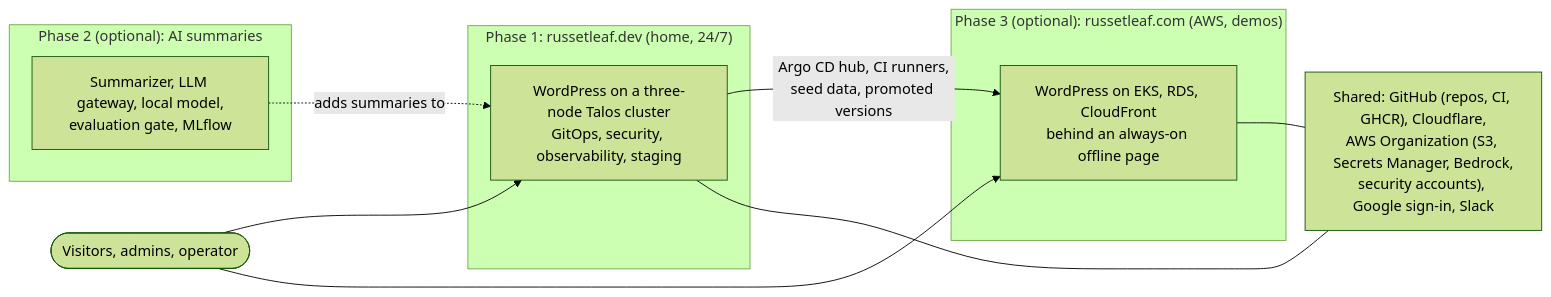
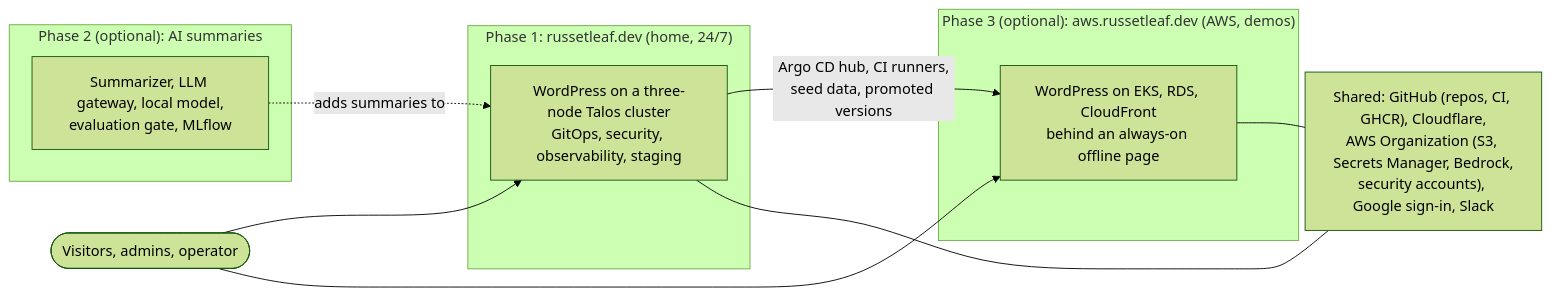
Before and after one commit to russetleaf/russetleaf-docs: the first of 3 diagrams in docs/overview.md, drawn with Mermaid (forest theme). The commit also changed other lines of this file and 62 other files, not shown here.

First line of the commit message:
Phase 3 on aws.russetleaf.dev, a subdomain of russetleaf.dev (ADR 3010)

````diff
--- a/docs/overview.md
+++ b/docs/overview.md
@@ -17,20 +17,20 @@
 ```mermaid
 flowchart LR
   people(["Visitors, admins, operator"])
   subgraph p1["Phase 1: russetleaf.dev (home, 24/7)"]
     dev["WordPress on a three-node Talos cluster<br/>GitOps, security, observability, staging"]
   end
   subgraph p2["Phase 2 (optional): AI summaries"]
     ai["Summarizer, LLM gateway, local model,<br/>evaluation gate, MLflow"]
   end
-  subgraph p3["Phase 3 (optional): russetleaf.com (AWS, demos)"]
-    com["WordPress on EKS, RDS, CloudFront<br/>behind an always-on offline page"]
+  subgraph p3["Phase 3 (optional): aws.russetleaf.dev (AWS, demos)"]
+    aws["WordPress on EKS, RDS, CloudFront<br/>behind an always-on offline page"]
   end
   people --> dev
-  people --> com
+  people --> aws
   ai -.->|"adds summaries to"| dev
-  dev -->|"Argo CD hub, CI runners,<br/>seed data, promoted versions"| com
+  dev -->|"Argo CD hub, CI runners,<br/>seed data, promoted versions"| aws
   shared["Shared: GitHub (repos, CI, GHCR), Cloudflare,<br/>AWS Organization (S3, Secrets Manager, Bedrock,<br/>security accounts), Google sign-in, Slack"]
   dev --- shared
-  com --- shared
+  aws --- shared
 ```
````
